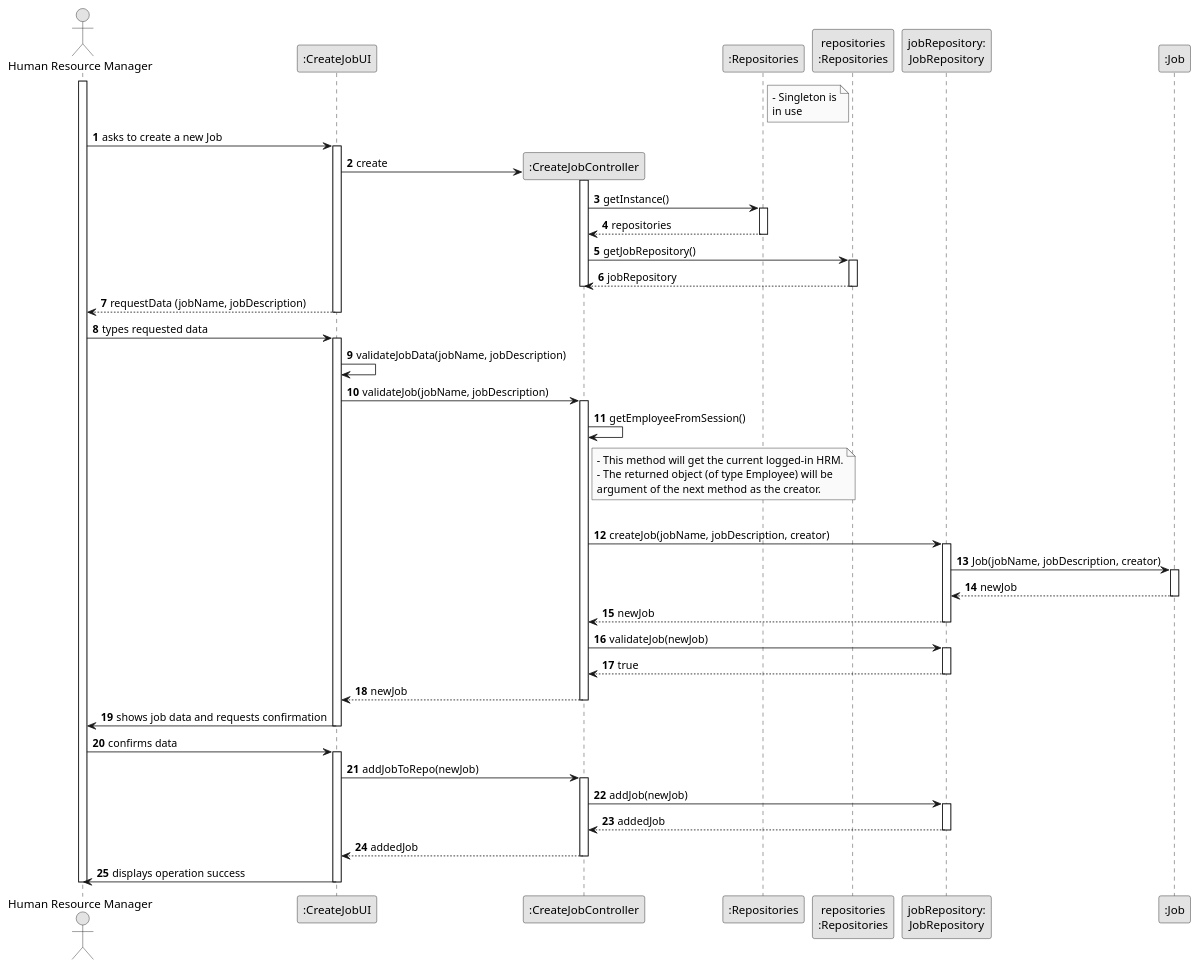
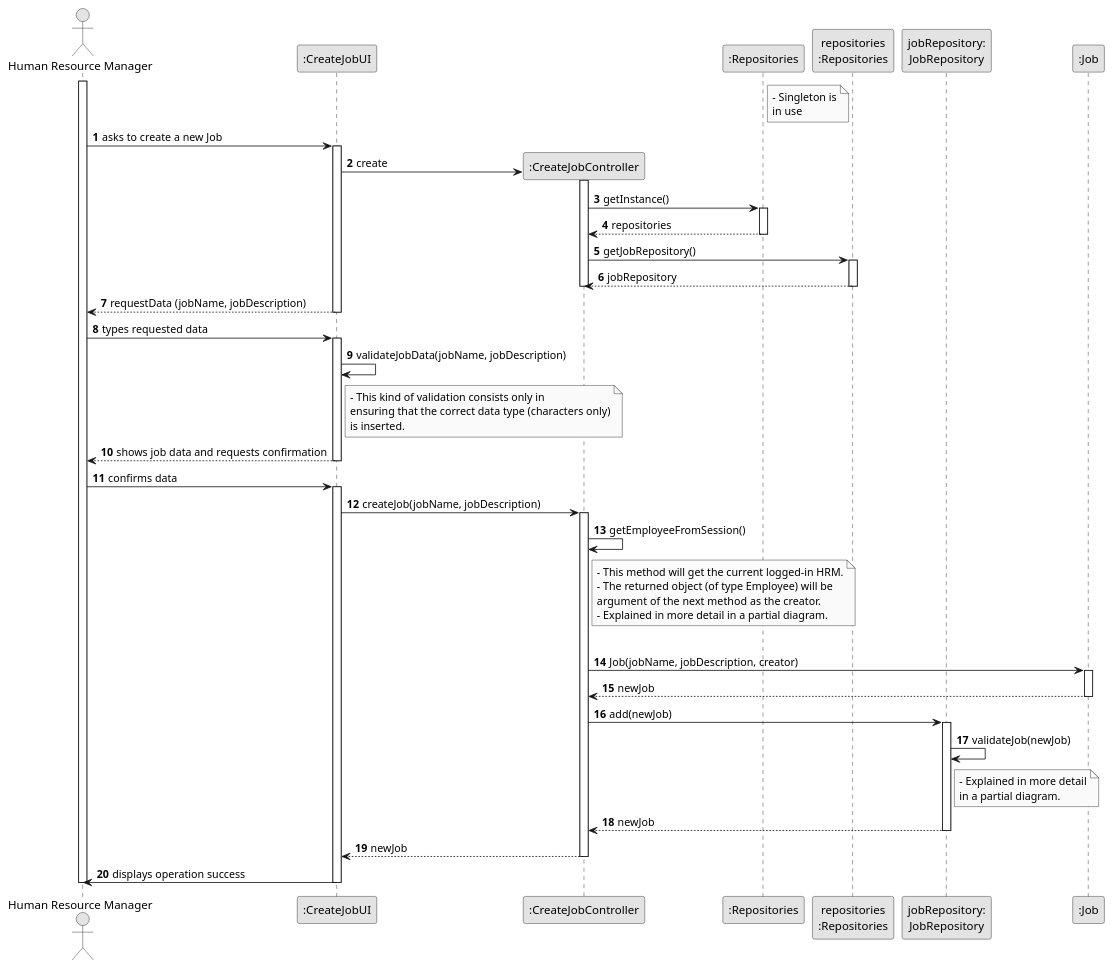
Before and after one commit to Paulo-Pereira-at-ISEP/lei-24-s2-1nanb-g321: the diagram in docs/sprintB/us02/03.design/puml/us02-sequence-diagram-full.puml, drawn with PlantUML. The commit also changed 6 other files, not shown here.

Commit message:
LGGPM-117 - US01 - Design - Sequence diagram update (full diagram, partial-get-employee, partial-validate-job)

```diff
--- a/docs/sprintB/us02/03.design/puml/us02-sequence-diagram-full.puml
+++ b/docs/sprintB/us02/03.design/puml/us02-sequence-diagram-full.puml
@@ -1,146 +1,135 @@
 @startuml
 skinparam monochrome true
 skinparam packageStyle rectangle
 skinparam shadowing false
 
 autonumber
 
 'hide footbox
 
 actor "Human Resource Manager" as HRM
 participant ":CreateJobUI" as UI
 participant ":CreateJobController" as CTRL
 participant ":Repositories" as REPO_SINGLETON
 
 
 
 participant "repositories\n:Repositories" as GEN_REPO_INSTANCE
 
 
 participant "jobRepository:\nJobRepository" as JOB_REPO_INSTANCE
 participant ":Job" as JOB
 'participant ":HRManager" as MNGR
 
 
 note right of REPO_SINGLETON
     - Singleton is
     in use
 end note
 
 
 
 activate HRM
 
         HRM -> UI : asks to create a new Job
 
         activate UI
             'create CTRL
             UI -> CTRL** : create
 
             activate CTRL
 
                 CTRL -> REPO_SINGLETON : getInstance()
 
                 activate REPO_SINGLETON
 
                     REPO_SINGLETON --> CTRL : repositories
 
                 deactivate REPO_SINGLETON
 
                 CTRL -> GEN_REPO_INSTANCE : getJobRepository()
 
                 activate GEN_REPO_INSTANCE
 
                     GEN_REPO_INSTANCE --> CTRL : jobRepository
 
                 deactivate GEN_REPO_INSTANCE
 
             deactivate CTRL
 
 
             'requests the HRM to input data
             UI --> HRM : requestData (jobName, jobDescription)
         deactivate UI
 
         HRM -> UI : types requested data
 
         activate UI
 
             UI -> UI : validateJobData(jobName, jobDescription)
 
+            note right of UI
+            - This kind of validation consists only in
+            ensuring that the correct data type (characters only)
+            is inserted.
+            end note
 
+            deactivate CTRL
 
-            UI -> CTRL : validateJob(jobName, jobDescription)
+            UI --> HRM : shows job data and requests confirmation
+
+        deactivate UI
+
+            HRM -> UI : confirms data
+
+        activate UI
+
+            UI -> CTRL : createJob(jobName, jobDescription)
+
             activate CTRL
 
                 CTRL -> CTRL : getEmployeeFromSession()
                 note right of CTRL
                     - This method will get the current logged-in HRM.
                     - The returned object (of type Employee) will be
                     argument of the next method as the creator.
+                    - Explained in more detail in a partial diagram.
                 end note
 
                 |||
 
-                CTRL -> JOB_REPO_INSTANCE : createJob(jobName, jobDescription, creator)
+                CTRL -> JOB : Job(jobName, jobDescription, creator)
+
+                activate JOB
+
+                JOB --> CTRL : newJob
+
+                deactivate JOB
+
+                CTRL -> JOB_REPO_INSTANCE : add(newJob)
 
                 activate JOB_REPO_INSTANCE
 
-                    JOB_REPO_INSTANCE -> JOB : Job(jobName, jobDescription, creator)
+                    JOB_REPO_INSTANCE -> JOB_REPO_INSTANCE : validateJob(newJob)
 
-                    activate JOB
-
-                        JOB --> JOB_REPO_INSTANCE : newJob
-
-                    deactivate JOB
+                    note right of JOB_REPO_INSTANCE
+                    - Explained in more detail
+                    in a partial diagram.
+                    end note
 
                     JOB_REPO_INSTANCE --> CTRL : newJob
 
                 deactivate JOB_REPO_INSTANCE
 
-                CTRL -> JOB_REPO_INSTANCE : validateJob(newJob)
-
-                activate JOB_REPO_INSTANCE
-
-                    JOB_REPO_INSTANCE --> CTRL : true
-
-                deactivate JOB_REPO_INSTANCE
-
             CTRL --> UI : newJob
 
-            deactivate CTRL
-
-                UI -> HRM : shows job data and requests confirmation
-
-
-
-        deactivate UI
-
-
-    HRM -> UI : confirms data
-    activate UI
-
-        UI -> CTRL : addJobToRepo(newJob)
-
-        activate CTRL
-
-
-            CTRL -> JOB_REPO_INSTANCE : addJob(newJob)
-
-            activate JOB_REPO_INSTANCE
-
-                JOB_REPO_INSTANCE --> CTRL : addedJob
-
-            deactivate JOB_REPO_INSTANCE
-
-            CTRL --> UI : addedJob
 
         deactivate CTRL
 
         UI -> HRM : displays operation success
 
     deactivate UI
 
 deactivate HRM
 
 @enduml
```
